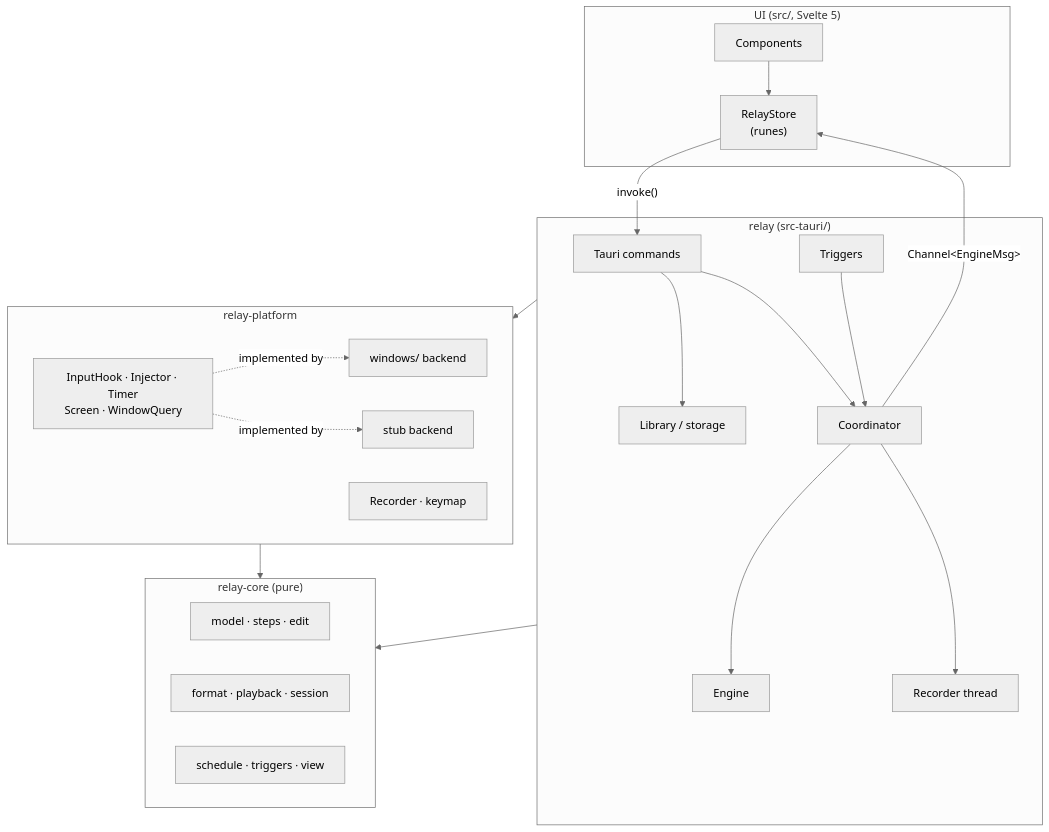
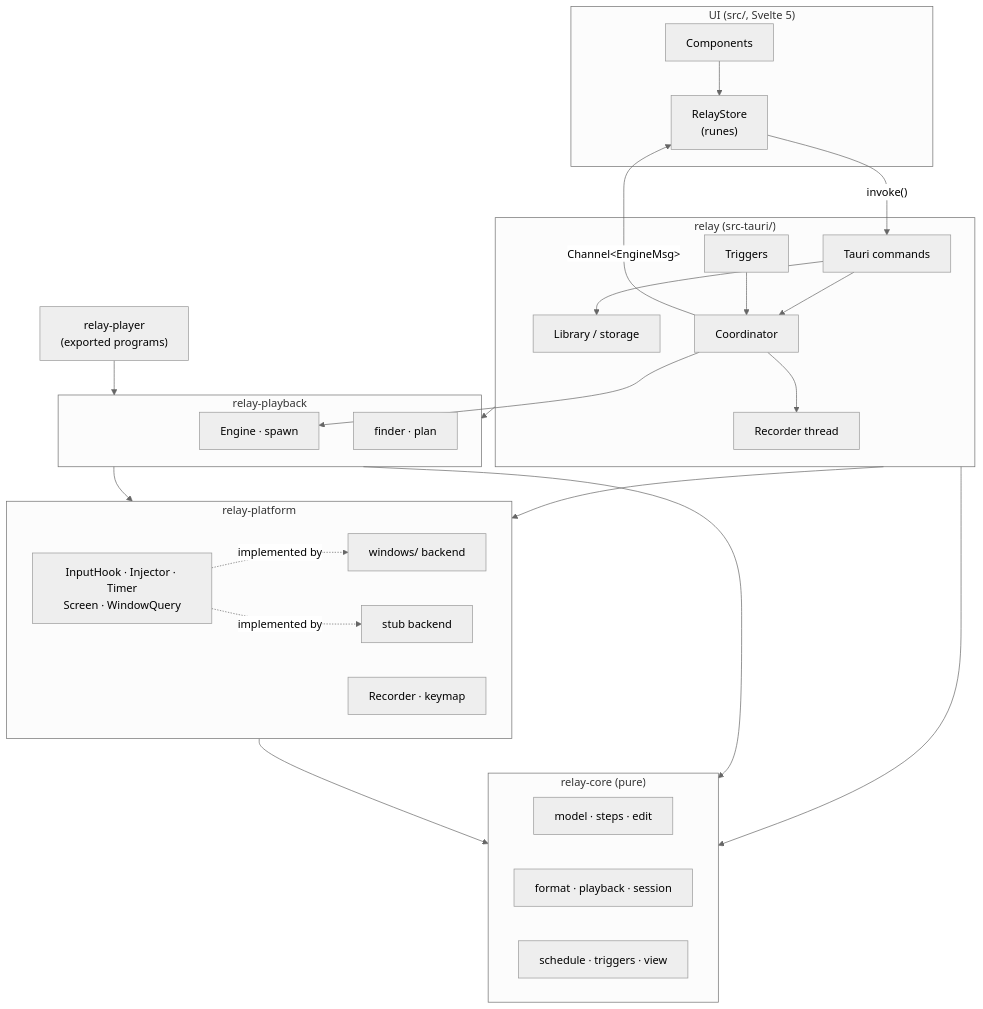
One commit to HappyRave/Relay changed the first of 6 diagrams in docs/engineering/architecture.md. Above: the diagram before and after it, drawn with Mermaid (neutral theme). The commit also changed other lines of this file and 13 other files, not shown here.

Commit message:
docs: exported programs, in the user guide and the engineering guide

````diff
--- a/docs/engineering/architecture.md
+++ b/docs/engineering/architecture.md
@@ -15,36 +16,42 @@
 ```mermaid
 flowchart TB
     subgraph ui["UI (src/, Svelte 5)"]
         store["RelayStore<br/>(runes)"]
         comps["Components"]
     end
     subgraph app["relay (src-tauri/)"]
         cmds["Tauri commands"]
         coord["Coordinator"]
-        engine["Engine"]
         rec["Recorder thread"]
         trig["Triggers"]
         lib["Library / storage"]
     end
+    subgraph playback["relay-playback"]
+        engine["Engine · spawn"]
+        finder["finder · plan"]
+    end
+    player["relay-player<br/>(exported programs)"]
     subgraph platform["relay-platform"]
         traits["InputHook · Injector · Timer<br/>Screen · WindowQuery"]
         win["windows/ backend"]
         stub["stub backend"]
         recorder["Recorder · keymap"]
     end
     subgraph core["relay-core (pure)"]
         model["model · steps · edit"]
         fmt["format · playback · session"]
         sched["schedule · triggers · view"]
     end
     comps --> store
     store -- "invoke()" --> cmds
     coord -- "Channel&lt;EngineMsg&gt;" --> store
     cmds --> coord & lib
-    coord --> engine & rec
+    coord --> engine
+    coord --> rec
     trig --> coord
-    app --> platform
-    app --> core
+    app --> playback & platform & core
+    player --> playback
+    playback --> platform & core
     platform --> core
     traits -.implemented by.-> win & stub
 ```
````
